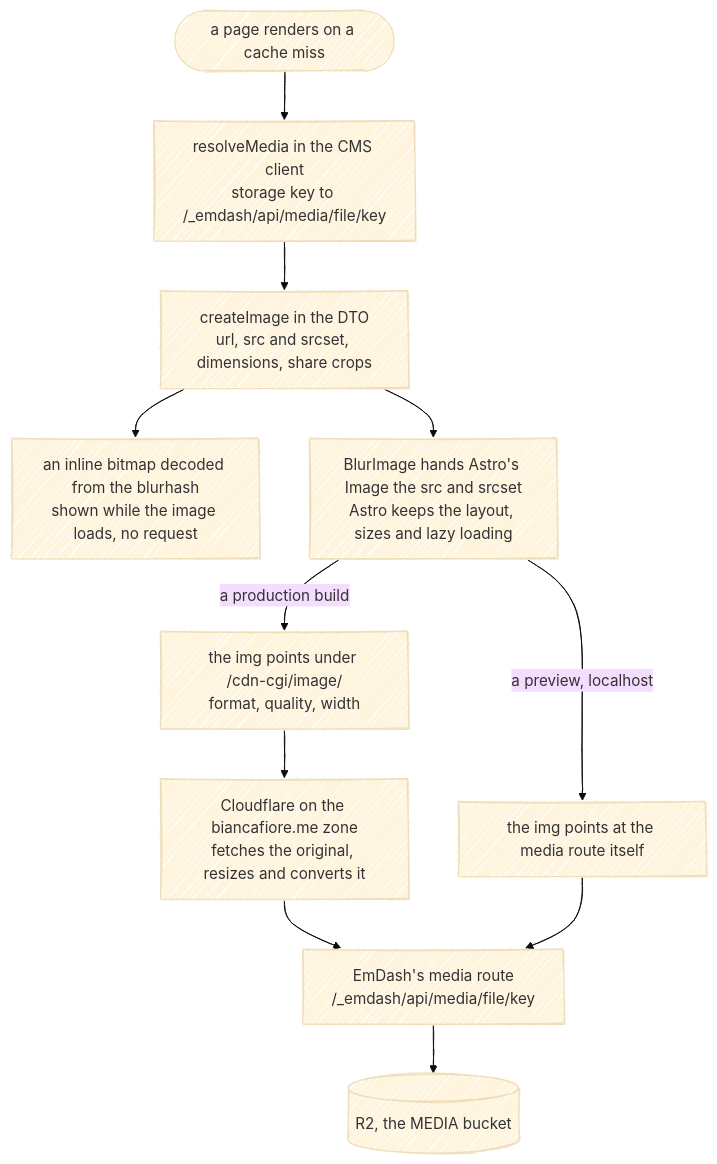
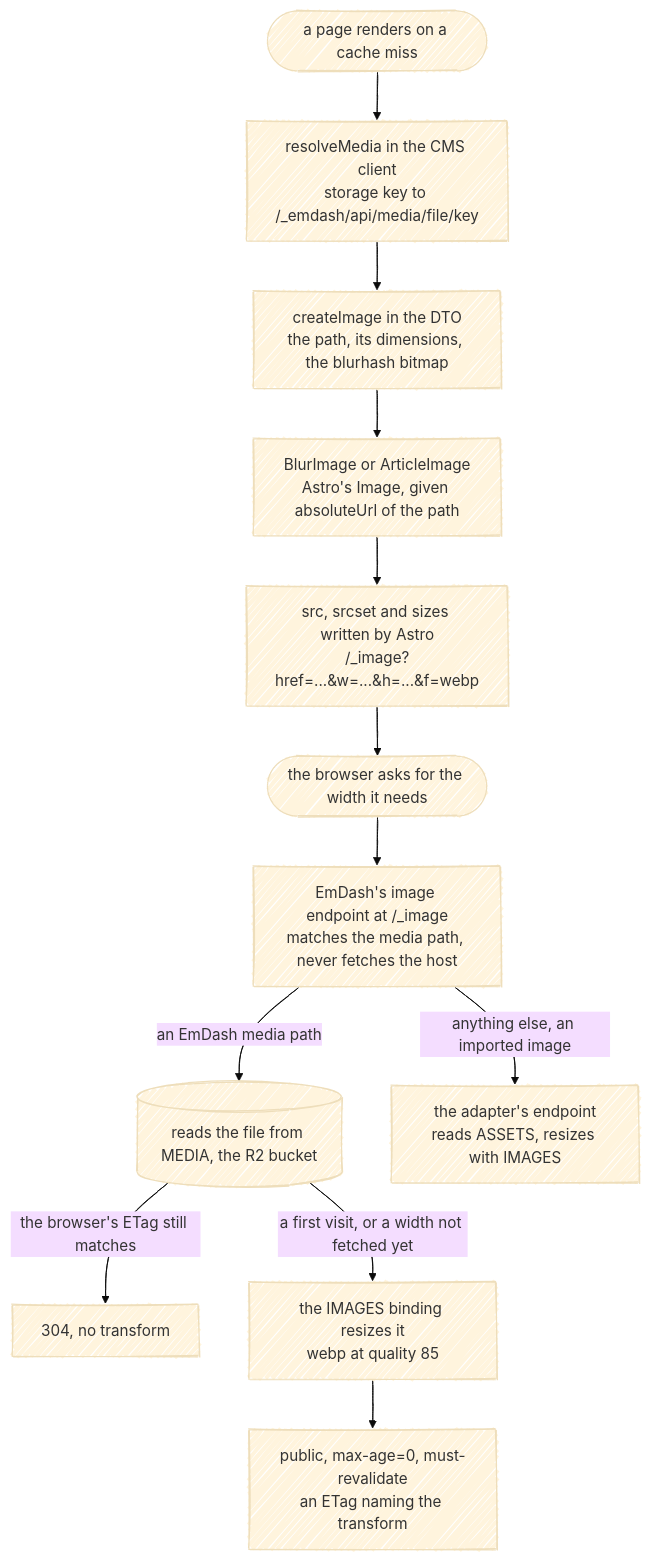
Before and after one commit to fbuireu/biancafiore: the third of 4 diagrams in docs/wiki/Request-Lifecycle.md, drawn with Mermaid (base theme). The commit also changed other lines of this file and 5 other files, not shown here.

First line of the commit message:
docs(wiki): draw images through EmDash's endpoint and the IMAGES binding

````diff
--- a/docs/wiki/Request-Lifecycle.md
+++ b/docs/wiki/Request-Lifecycle.md
@@ -149,18 +150,19 @@
 ```mermaid
 ---
 config:
   look: handDrawn
   layout: dagre
 ---
 flowchart TB
     render(["a page renders on a cache miss"]) --> resolve["resolveMedia in the CMS client<br/>storage key to /_emdash/api/media/file/key"]
-    resolve --> create["createImage in the DTO<br/>url, src and srcset, dimensions, share crops"]
-    create --> placeholder["an inline bitmap decoded from the blurhash<br/>shown while the image loads, no request"]
-    create --> blur["BlurImage hands Astro's Image the src and srcset<br/>Astro keeps the layout, sizes and lazy loading"]
-    blur -- "a production build" --> transformed["the img points under /cdn-cgi/image/<br/>format, quality, width"]
-    blur -- "a preview, localhost" --> original["the img points at the media route itself"]
-    transformed --> zone["Cloudflare on the biancafiore.me zone<br/>fetches the original, resizes and converts it"]
-    zone --> route
-    original --> route["EmDash's media route<br/>/_emdash/api/media/file/key"]
-    route --> bucket[("R2, the MEDIA bucket")]
+    resolve --> create["createImage in the DTO<br/>the path, its dimensions, the blurhash bitmap"]
+    create --> component["BlurImage or ArticleImage<br/>Astro's Image, given absoluteUrl of the path"]
+    component --> html["src, srcset and sizes written by Astro<br/>/_image?href=...&w=...&h=...&f=webp"]
+    html --> browser(["the browser asks for the width it needs"])
+    browser --> endpoint["EmDash's image endpoint at /_image<br/>matches the media path, never fetches the host"]
+    endpoint -- "an EmDash media path" --> read[("reads the file from MEDIA, the R2 bucket")]
+    read -- "the browser's ETag still matches" --> notModified["304, no transform"]
+    read -- "a first visit, or a width not fetched yet" --> binding["the IMAGES binding resizes it<br/>webp at quality 85"]
+    binding --> answer["public, max-age=0, must-revalidate<br/>an ETag naming the transform"]
+    endpoint -- "anything else, an imported image" --> stock["the adapter's endpoint<br/>reads ASSETS, resizes with IMAGES"]
 ```
````
